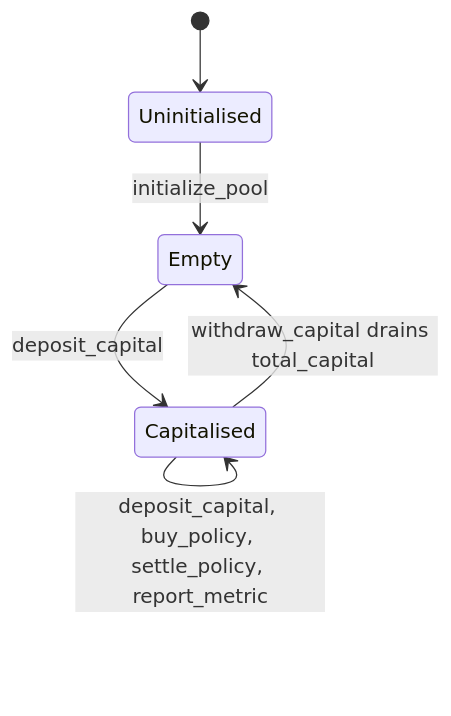
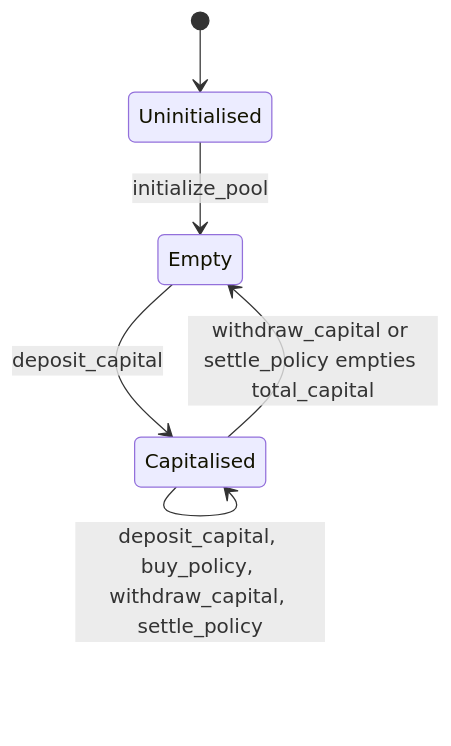
Before and after one commit to 0xgsvs/Trana_Protocol: the third of 5 diagrams in docs/workflows/lifecycle.md, drawn with Mermaid. The commit also changed other lines of this file and 3 other files, not shown here.

First line of the commit message:
docs: correct component map and lifecycle diagrams

````diff
--- a/docs/workflows/lifecycle.md
+++ b/docs/workflows/lifecycle.md
@@ -107,8 +112,8 @@
 ```mermaid
 stateDiagram-v2
     [*] --> Uninitialised
     Uninitialised --> Empty : initialize_pool
     Empty --> Capitalised : deposit_capital
-    Capitalised --> Capitalised : deposit_capital, buy_policy, settle_policy, report_metric
-    Capitalised --> Empty : withdraw_capital drains total_capital
+    Capitalised --> Capitalised : deposit_capital, buy_policy, withdraw_capital, settle_policy
+    Capitalised --> Empty : withdraw_capital or settle_policy empties total_capital
 ```
````
